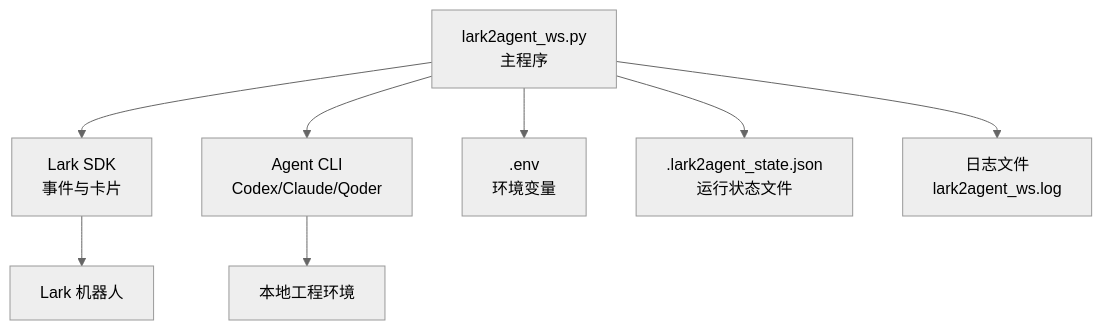
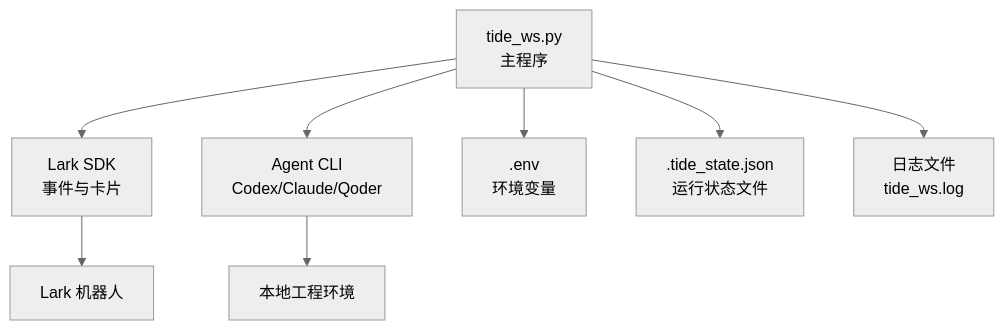
Before and after one commit to winditer/tide: the first of 6 diagrams in .qoder/repowiki/zh/content/开发指南/开发环境搭建.md, drawn with Mermaid (neutral theme). The commit also changed other lines of this file and 260 other files, not shown here.

````diff
--- a/.qoder/repowiki/zh/content/开发指南/开发环境搭建.md
+++ b/.qoder/repowiki/zh/content/开发指南/开发环境搭建.md
@@ -35,10 +35,10 @@
 ```mermaid
 graph TB
-A["lark2agent_ws.py<br/>主程序"] --> B["Lark SDK<br/>事件与卡片"]
+A["tide_ws.py<br/>主程序"] --> B["Lark SDK<br/>事件与卡片"]
 A --> C["Agent CLI<br/>Codex/Claude/Qoder"]
 A --> D[".env<br/>环境变量"]
-A --> E[".lark2agent_state.json<br/>运行状态文件"]
-A --> F["日志文件<br/>lark2agent_ws.log"]
+A --> E[".tide_state.json<br/>运行状态文件"]
+A --> F["日志文件<br/>tide_ws.log"]
 B --> G["Lark 机器人"]
 C --> H["本地工程环境"]
 ```
````
